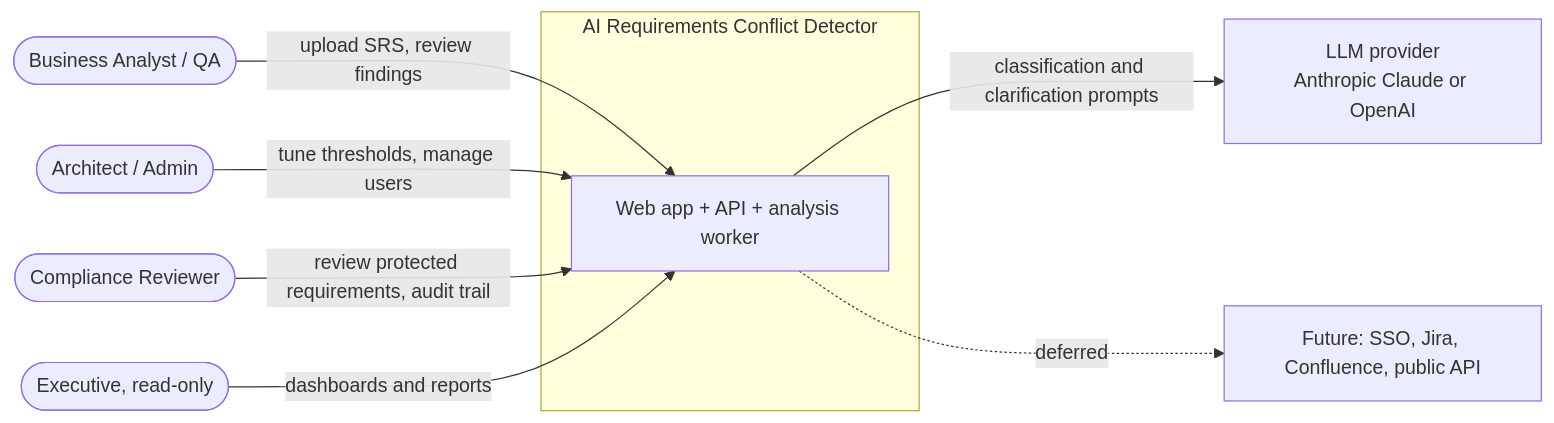
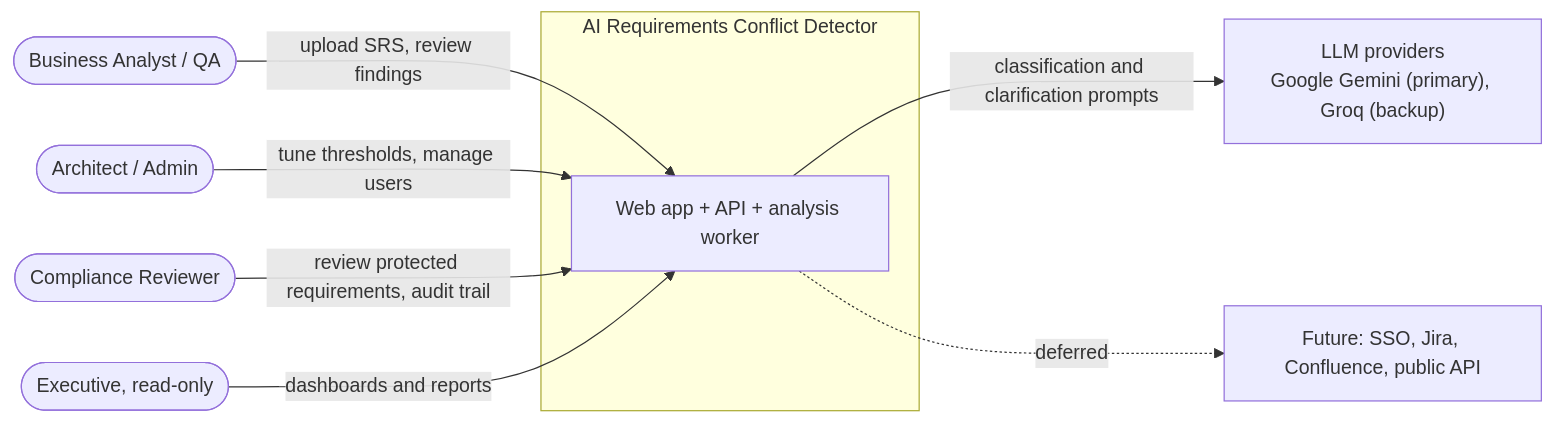
The first of 10 diagrams in docs/engineering/system-design.md (ParthAgrawal-07/AI-Requirements-Conflict-Dectector), drawn with Mermaid before and after one commit. The commit also changed other lines of this file and 12 other files, not shown here.

````diff
--- a/docs/engineering/system-design.md
+++ b/docs/engineering/system-design.md
@@ -51,21 +51,21 @@
 ```mermaid
 flowchart LR
   analyst(["Business Analyst / QA"])
   admin(["Architect / Admin"])
   comp(["Compliance Reviewer"])
   exec(["Executive, read-only"])
 
   subgraph sys["AI Requirements Conflict Detector"]
     core["Web app + API + analysis worker"]
   end
 
-  llm["LLM provider<br/>Anthropic Claude or OpenAI"]
+  llm["LLM providers<br/>Google Gemini (primary), Groq (backup)"]
   future["Future: SSO, Jira, Confluence, public API"]
 
   analyst -->|"upload SRS, review findings"| core
   admin -->|"tune thresholds, manage users"| core
   comp -->|"review protected requirements, audit trail"| core
   exec -->|"dashboards and reports"| core
   core -->|"classification and clarification prompts"| llm
   core -.->|"deferred"| future
 ```
````
